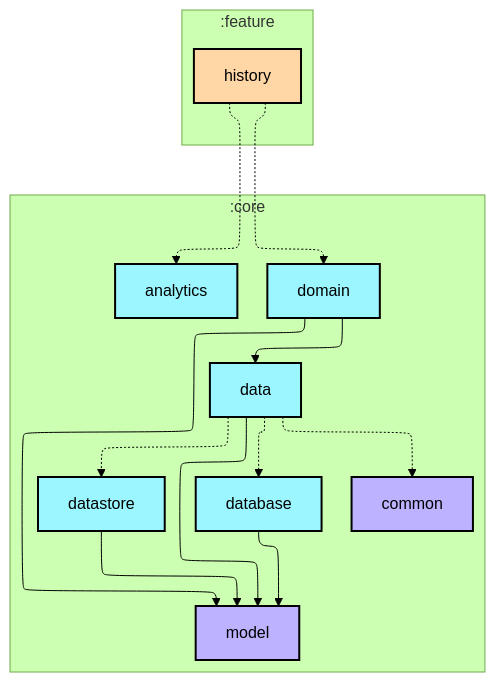
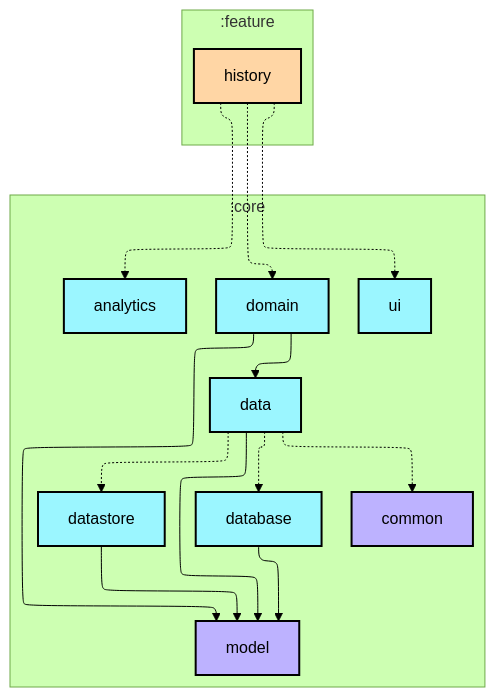
One commit to Sunior-k/walklog changed the first of 2 diagrams in feature/history/README.md. Above: the diagram before and after it, drawn with Mermaid (forest theme). The commit also changed 131 other files, not shown here.

````diff
--- a/feature/history/README.md
+++ b/feature/history/README.md
@@ -14,41 +14,43 @@
 ```mermaid
 ---
 config:
   layout: elk
   elk:
     nodePlacementStrategy: SIMPLE
 ---
 graph TB
   subgraph :feature
     direction TB
     :feature:history[history]:::android-feature
   end
 
   subgraph :core
     direction TB
     :core:domain[domain]:::android-library
     :core:data[data]:::android-library
     :core:database[database]:::android-library
     :core:datastore[datastore]:::android-library
     :core:common[common]:::jvm-library
     :core:model[model]:::jvm-library
     :core:analytics[analytics]:::android-library
+    :core:ui[ui]:::android-library
   end
 
   :feature:history -.-> :core:domain
   :feature:history -.-> :core:analytics
+  :feature:history -.-> :core:ui
   :core:domain --> :core:data
   :core:domain --> :core:model
   :core:data --> :core:model
   :core:data -.-> :core:database
   :core:data -.-> :core:datastore
   :core:data -.-> :core:common
   :core:database --> :core:model
   :core:datastore --> :core:model
 
 classDef android-application fill:#CAFFBF,stroke:#000,stroke-width:2px,color:#000;
 classDef android-feature fill:#FFD6A5,stroke:#000,stroke-width:2px,color:#000;
 classDef android-library fill:#9BF6FF,stroke:#000,stroke-width:2px,color:#000;
 classDef android-test fill:#A0C4FF,stroke:#000,stroke-width:2px,color:#000;
 classDef jvm-library fill:#BDB2FF,stroke:#000,stroke-width:2px,color:#000;
 ```
````
